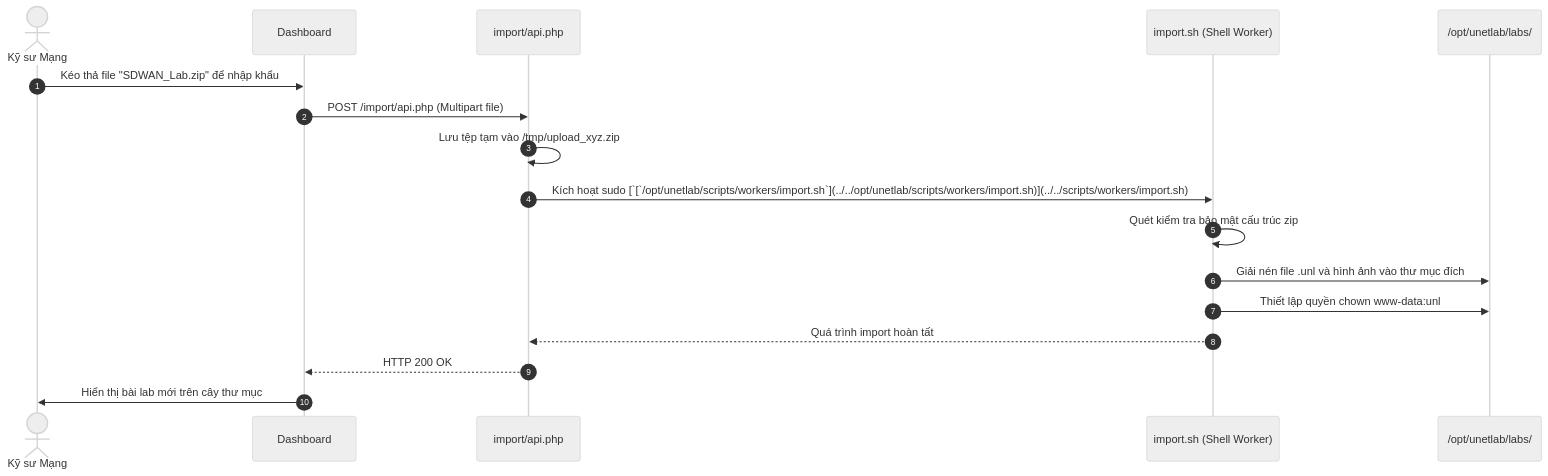
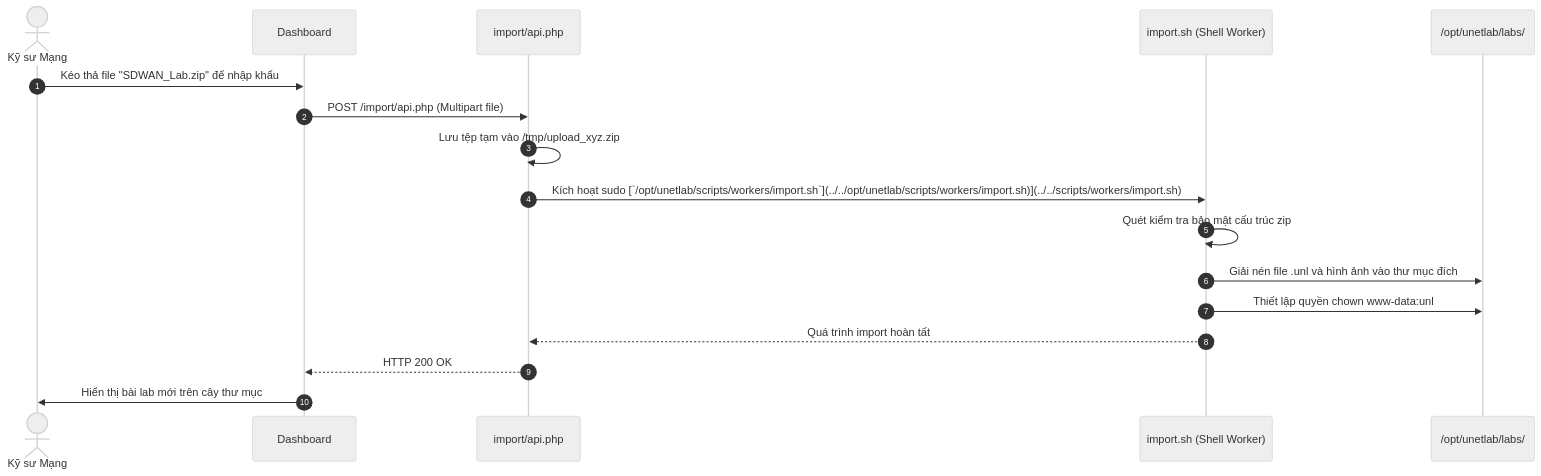
One commit to Luuxinhxinh/pnet-v8 changed the diagram in docs/03-diagrams/f22-lab-export-import-zip-sequence.md. Above: the diagram before and after it, drawn with Mermaid (neutral theme). The commit also changed 88 other files, not shown here.

````diff
--- a/docs/03-diagrams/f22-lab-export-import-zip-sequence.md
+++ b/docs/03-diagrams/f22-lab-export-import-zip-sequence.md
@@ -9,20 +9,20 @@
 ```mermaid
 sequenceDiagram
     autonumber
     actor User as Kỹ sư Mạng
     participant UI as Dashboard
     participant API as import/api.php
     participant Worker as import.sh (Shell Worker)
     participant Storage as /opt/unetlab/labs/
 
     User->>UI: Kéo thả file "SDWAN_Lab.zip" để nhập khẩu
     UI->>API: POST /import/api.php (Multipart file)
     API->>API: Lưu tệp tạm vào /tmp/upload_xyz.zip
-    API->>Worker: Kích hoạt sudo [`[`/opt/unetlab/scripts/workers/import.sh`](../../opt/unetlab/scripts/workers/import.sh)](../../scripts/workers/import.sh)
+    API->>Worker: Kích hoạt sudo [`/opt/unetlab/scripts/workers/import.sh`](../../opt/unetlab/scripts/workers/import.sh)](../../scripts/workers/import.sh)
     Worker->>Worker: Quét kiểm tra bảo mật cấu trúc zip
     Worker->>Storage: Giải nén file .unl và hình ảnh vào thư mục đích
     Worker->>Storage: Thiết lập quyền chown www-data:unl
     Worker-->>API: Quá trình import hoàn tất
     API-->>UI: HTTP 200 OK
     UI->>User: Hiển thị bài lab mới trên cây thư mục
 ```
````
